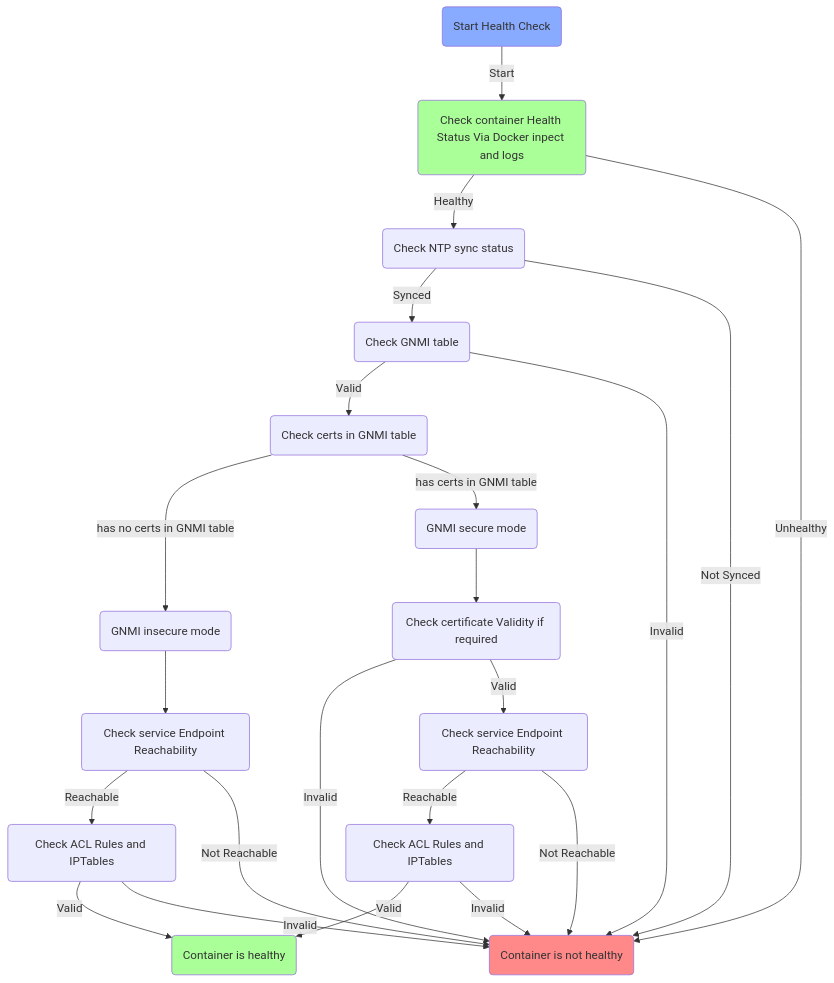
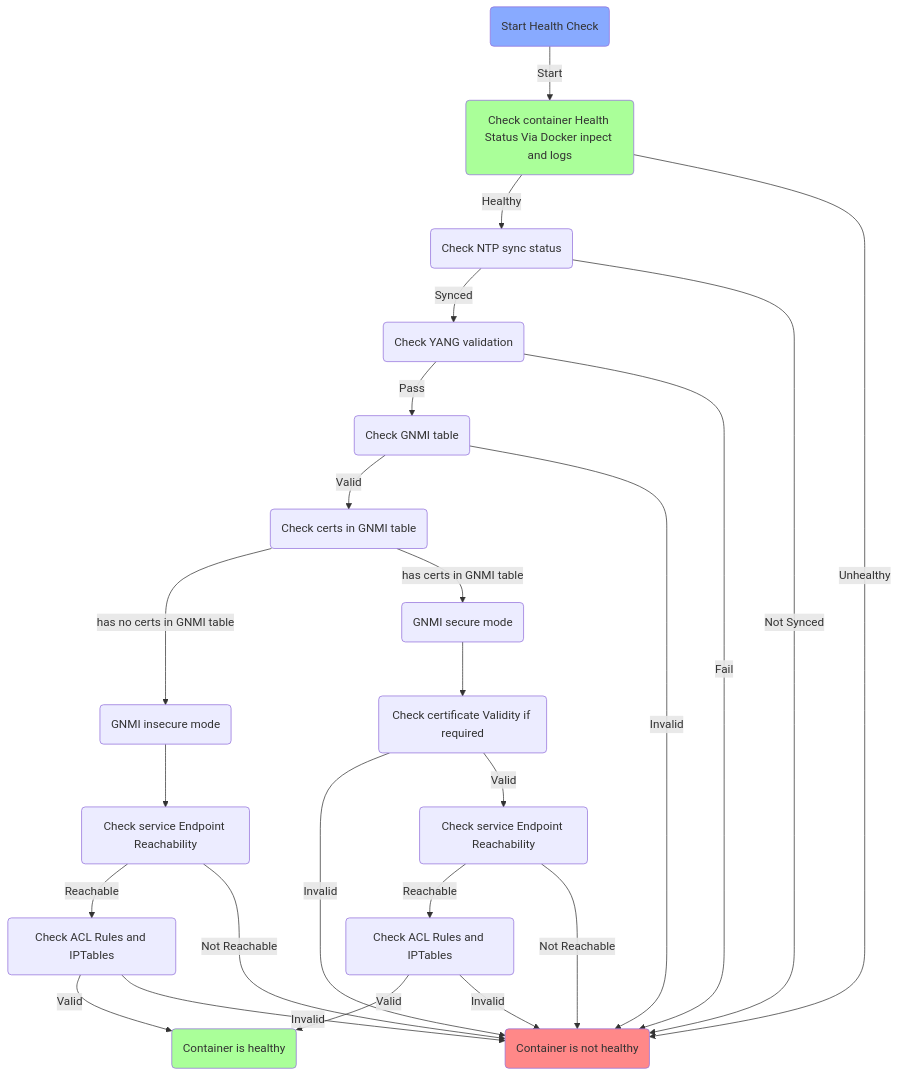
Before and after one commit to wen587/mermaid: the diagram in gnmi_wd.md, drawn with Mermaid.

````diff
--- a/gnmi_wd.md
+++ b/gnmi_wd.md
@@ -1,43 +1,46 @@
 ```mermaid
 flowchart
     id_health(Start Health Check)
     style id_health fill:#8AF
     id_container(Check container Health Status Via Docker inpect and logs)
     style id_container fill:#AF9
     id_ntp(Check NTP sync status)
+    id_yang(Check YANG validation)
     id_gnmi(Check GNMI table)
     id_gnmi_certs(Check certs in GNMI table)
     id_insecure(GNMI insecure mode)
     id_secure(GNMI secure mode)
     id_endpoint1(Check service Endpoint Reachability)
     id_acl1(Check ACL Rules and IPTables)
     id_endpoint2(Check service Endpoint Reachability)
     id_acl2(Check ACL Rules and IPTables)
     id_cert_valid(Check certificate Validity if required)
     id_container_healthy(Container is healthy)
     style id_container_healthy fill:#AF9
     id_container_not_healthy(Container is not healthy)
     style id_container_not_healthy fill:#F88
 
     id_health-->|Start|id_container
     id_container-->|Healthy|id_ntp
     id_container-->|Unhealthy|id_container_not_healthy
-    id_ntp-->|Synced|id_gnmi
+    id_ntp-->|Synced|id_yang
     id_ntp-->|Not Synced|id_container_not_healthy
+    id_yang-->|Pass|id_gnmi
+    id_yang-->|Fail|id_container_not_healthy
     id_gnmi-->|Valid|id_gnmi_certs
     id_gnmi-->|Invalid|id_container_not_healthy
     id_gnmi_certs-->|has no certs in GNMI table|id_insecure
     id_gnmi_certs-->|has certs in GNMI table|id_secure
     id_secure-->id_cert_valid
     id_cert_valid-->|Invalid|id_container_not_healthy
     id_cert_valid-->|Valid|id_endpoint1
     id_endpoint1-->|Reachable|id_acl1
     id_endpoint1-->|Not Reachable|id_container_not_healthy
     id_acl1-->|Valid|id_container_healthy
     id_acl1-->|Invalid|id_container_not_healthy
     id_insecure-->id_endpoint2
     id_endpoint2-->|Reachable|id_acl2
     id_endpoint2-->|Not Reachable|id_container_not_healthy
     id_acl2-->|Valid|id_container_healthy
     id_acl2-->|Invalid|id_container_not_healthy
 ```
````
